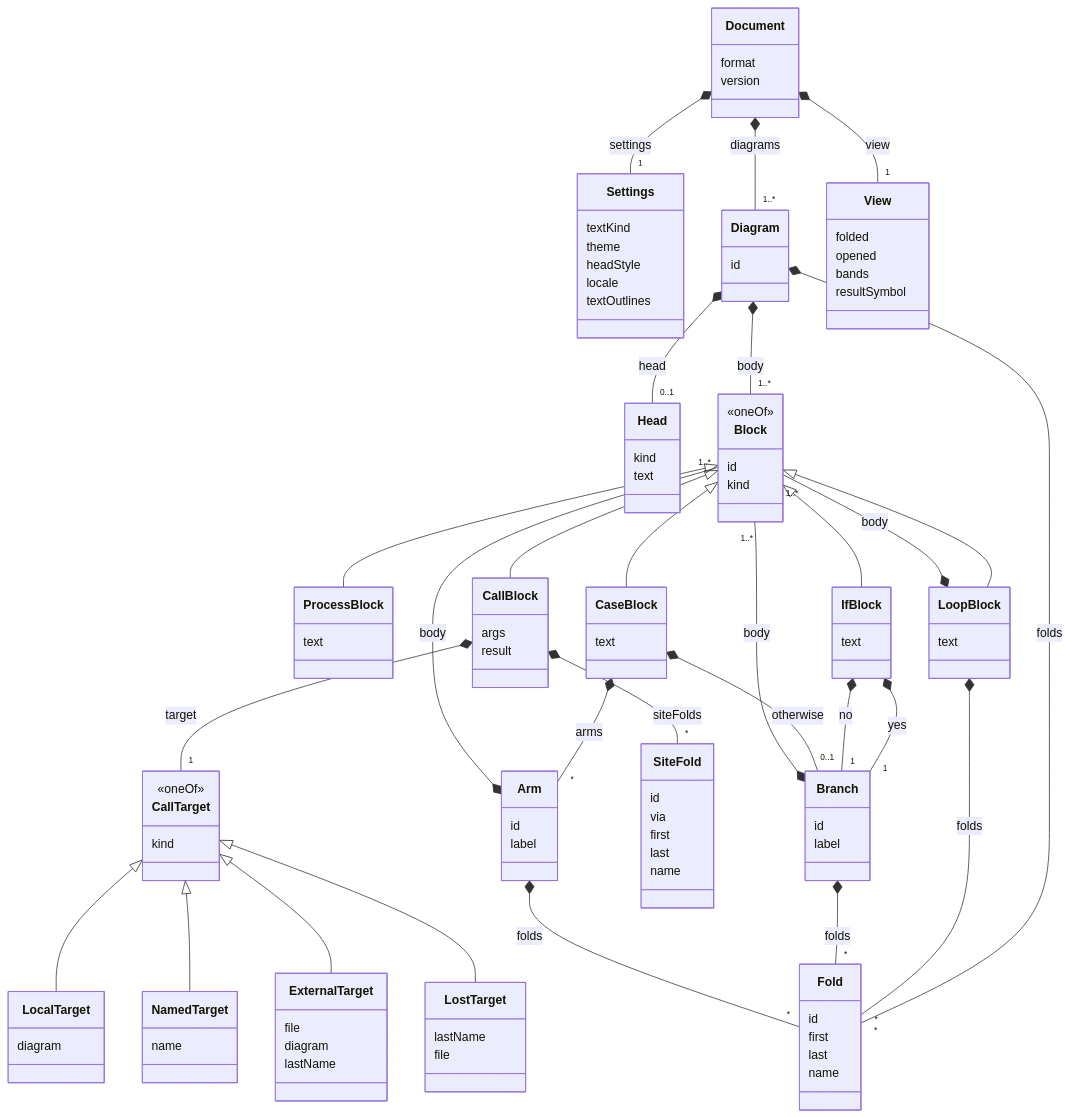
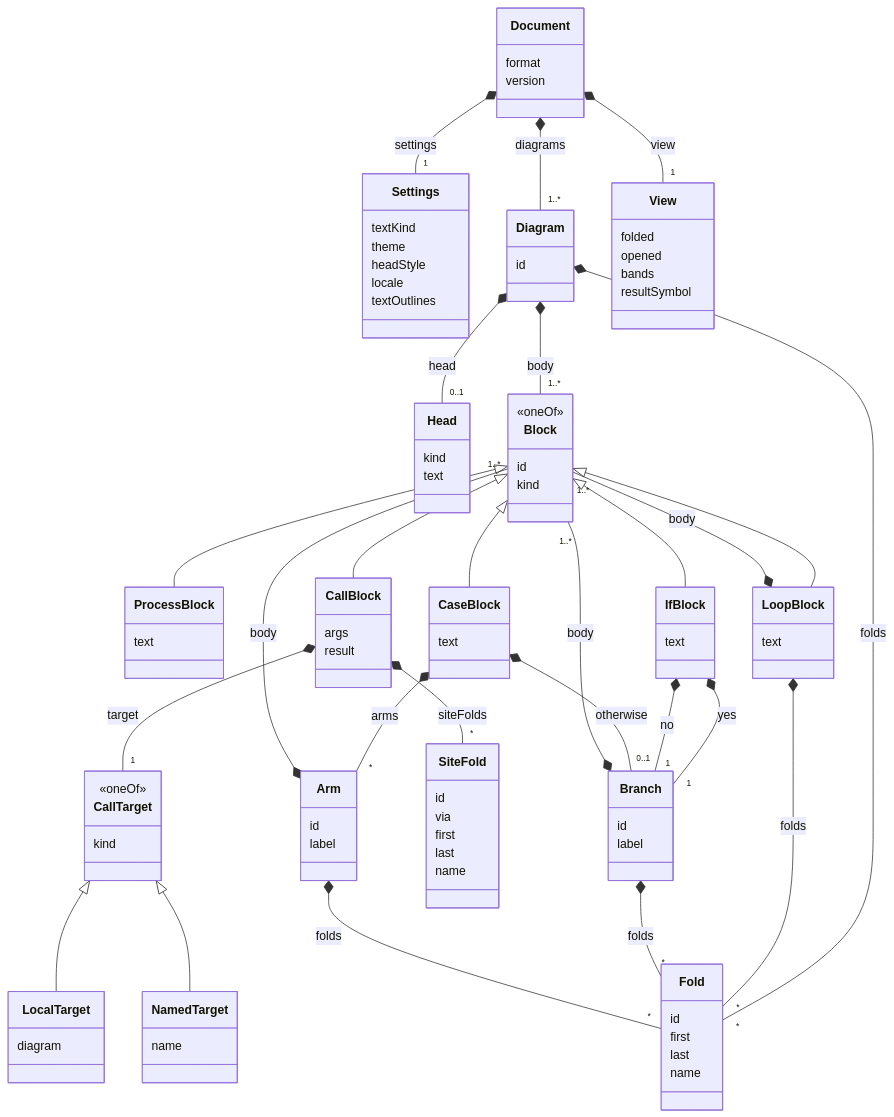
Before and after one commit to reddiana/AriadneNSD: the diagram in docs/05-spec/02-model-schema.md, drawn with Mermaid. The commit also changed other lines of this file and 73 other files, not shown here.

````diff
--- a/docs/05-spec/02-model-schema.md
+++ b/docs/05-spec/02-model-schema.md
@@ -101,15 +101,6 @@
   class NamedTarget {
     name
   }
-  class ExternalTarget {
-    file
-    diagram
-    lastName
-  }
-  class LostTarget {
-    lastName
-    file
-  }
   Document *-- "1" Settings : settings
   Document *-- "1..*" Diagram : diagrams
   Document *-- "1" View : view
@@ -135,6 +126,4 @@
   Arm *-- "*" Fold : folds
   CallTarget <|-- LocalTarget
   CallTarget <|-- NamedTarget
-  CallTarget <|-- ExternalTarget
-  CallTarget <|-- LostTarget
 ```
````
